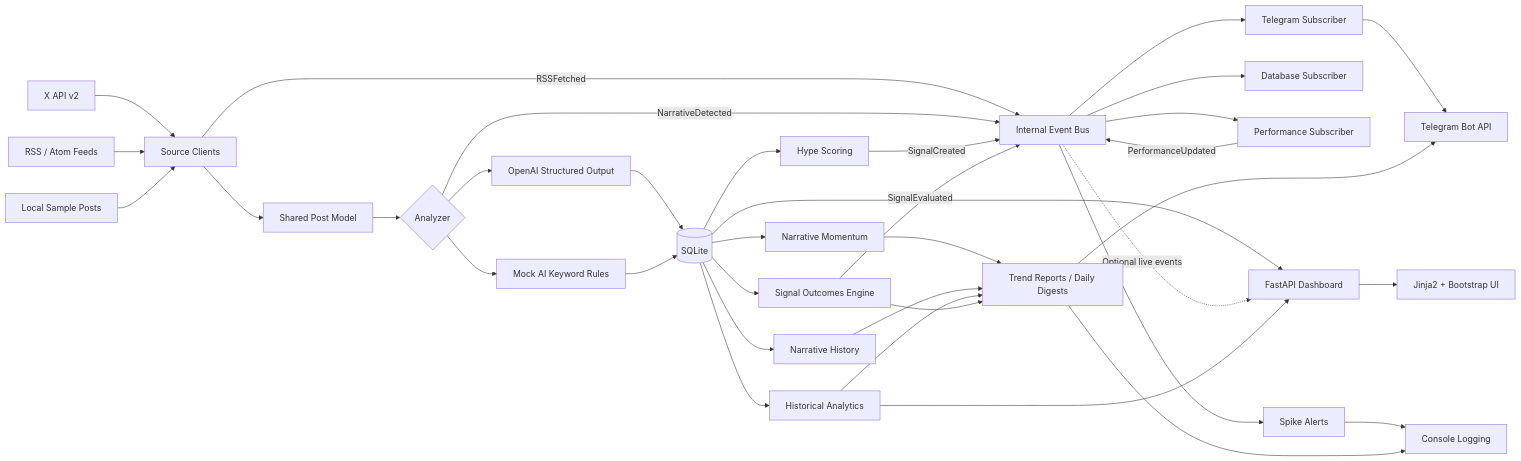
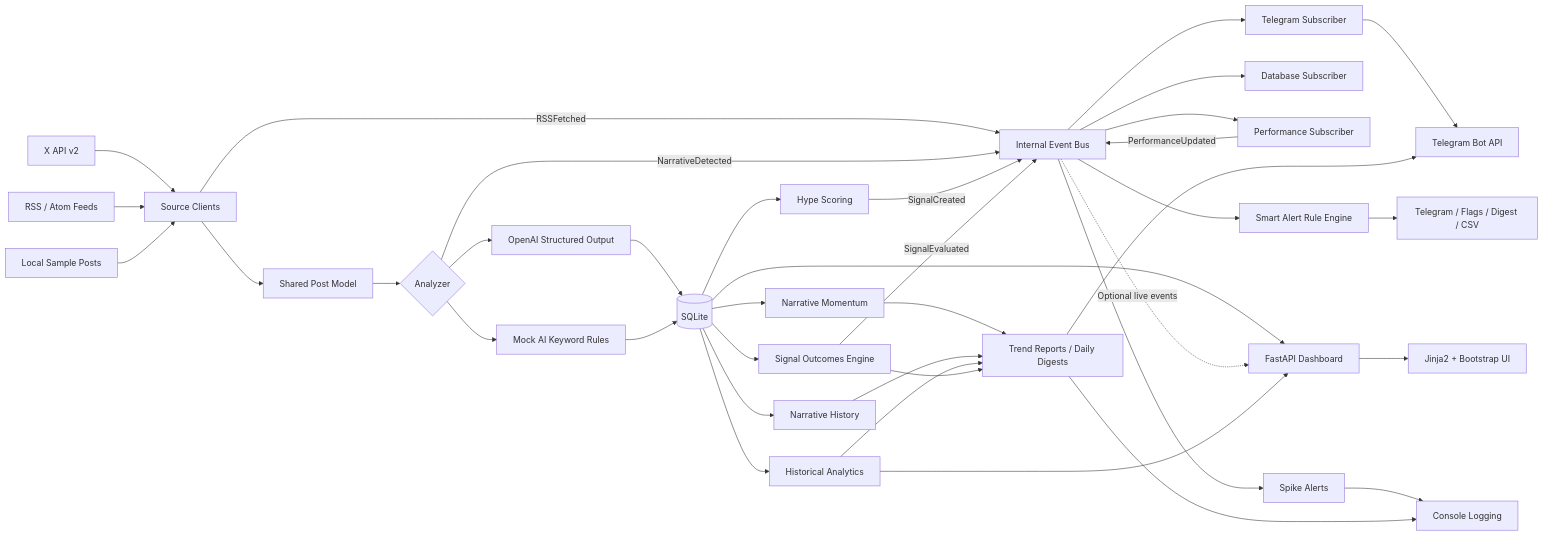
Before and after one commit to NBSq/X-tracker: the diagram in README.md, drawn with Mermaid. The commit also changed other lines of this file and 18 other files, not shown here.

Commit message:
Add configurable rule engine

````diff
--- a/README.md
+++ b/README.md
@@ -31,44 +32,46 @@
 ```mermaid
 flowchart LR
     X["X API v2"] --> Sources["Source Clients"]
     RSS["RSS / Atom Feeds"] --> Sources
     Local["Local Sample Posts"] --> Sources
 
     Sources --> Posts["Shared Post Model"]
     Sources -->|RSSFetched| Bus["Internal Event Bus"]
     Posts --> Analyzer{"Analyzer"}
     Analyzer --> OpenAI["OpenAI Structured Output"]
     Analyzer --> MockAI["Mock AI Keyword Rules"]
 
     OpenAI --> DB[("SQLite")]
     MockAI --> DB
     Analyzer -->|NarrativeDetected| Bus
 
     DB --> Hype["Hype Scoring"]
     DB --> Momentum["Narrative Momentum"]
     DB --> History["Narrative History"]
     DB --> Historical["Historical Analytics"]
     DB --> Outcomes["Signal Outcomes Engine"]
     DB --> Dashboard["FastAPI Dashboard"]
 
     Hype -->|SignalCreated| Bus
     Outcomes -->|SignalEvaluated| Bus
     Bus --> Storage["Database Subscriber"]
     Bus --> Performance["Performance Subscriber"]
     Bus --> Telegram["Telegram Subscriber"]
+    Bus --> Rules["Smart Alert Rule Engine"]
+    Rules --> RuleActions["Telegram / Flags / Digest / CSV"]
     Performance -->|PerformanceUpdated| Bus
     Bus -. Optional live events .-> Dashboard
 
     Bus --> Alerts["Spike Alerts"]
     Momentum --> Reports["Trend Reports / Daily Digests"]
     History --> Reports
     Historical --> Reports
     Historical --> Dashboard
     Outcomes --> Reports
 
     Alerts --> Console["Console Logging"]
     Telegram --> TelegramAPI["Telegram Bot API"]
     Reports --> Console
     Reports --> TelegramAPI
     Dashboard --> Browser["Jinja2 + Bootstrap UI"]
 ```
````
